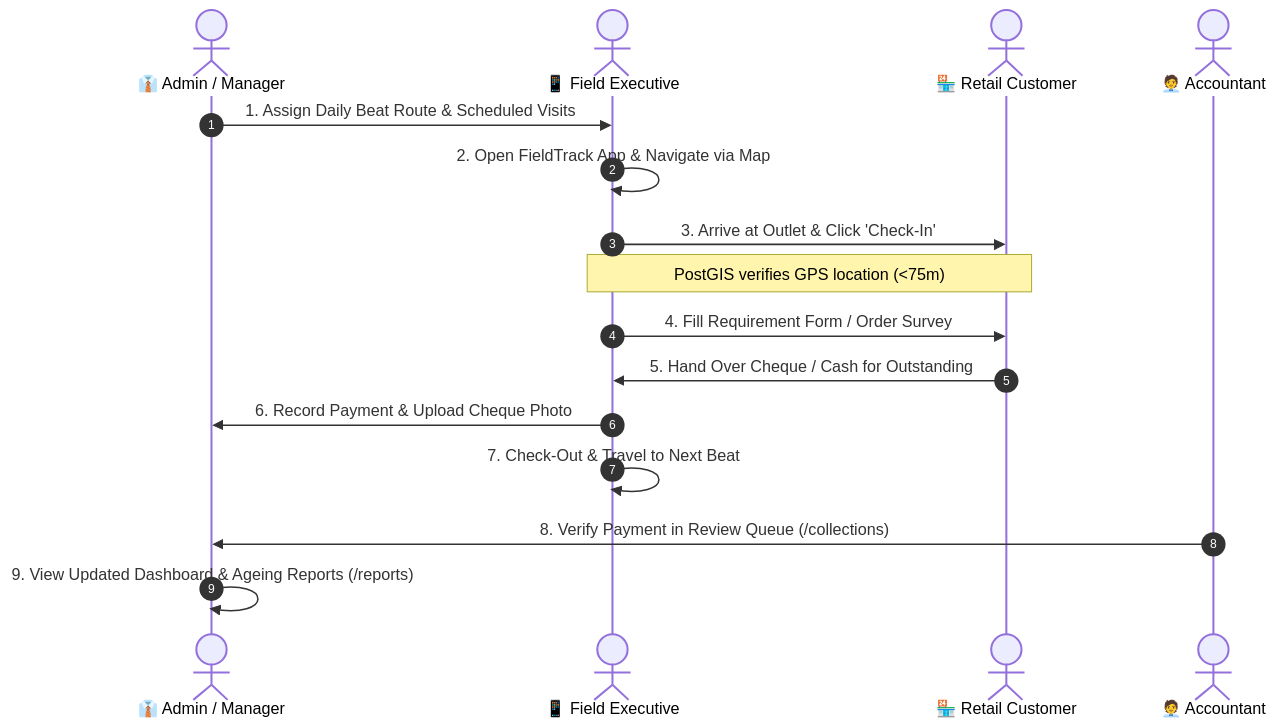
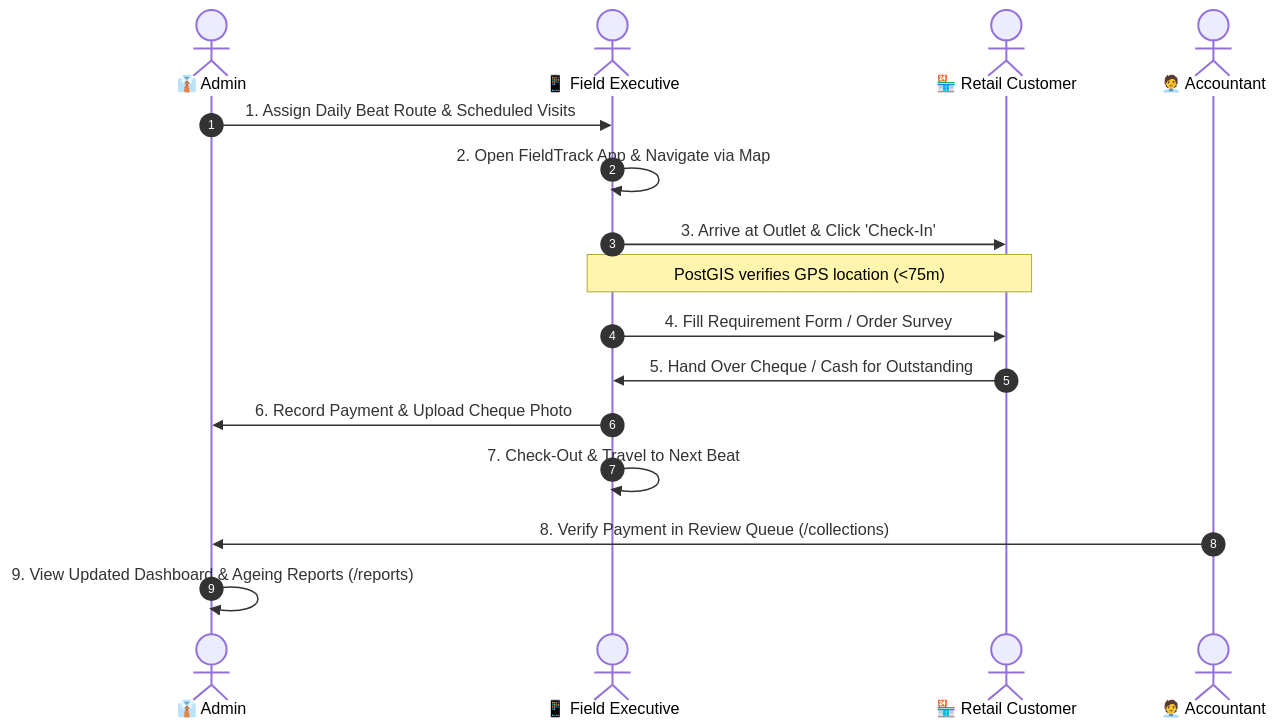
Before and after one commit to itripathiharsh/FIELD_TRACK_PRO: diagram 14 of 14 in USER_MANUAL.md, drawn with Mermaid. The commit also changed other lines of this file and 2 other files, not shown here.

````diff
--- a/USER_MANUAL.md
+++ b/USER_MANUAL.md
@@ -424,19 +413,19 @@
 ```mermaid
 sequenceDiagram
     autonumber
-    actor Admin as 👔 Admin / Manager
+    actor Admin as 👔 Admin
     actor FOS as 📱 Field Executive
     actor Customer as 🏪 Retail Customer
     actor Acct as 🧑‍💼 Accountant
 
     Admin->>FOS: 1. Assign Daily Beat Route & Scheduled Visits
     FOS->>FOS: 2. Open FieldTrack App & Navigate via Map
     FOS->>Customer: 3. Arrive at Outlet & Click 'Check-In'
     Note over FOS,Customer: PostGIS verifies GPS location (<75m)
     FOS->>Customer: 4. Fill Requirement Form / Order Survey
     Customer->>FOS: 5. Hand Over Cheque / Cash for Outstanding
     FOS->>Admin: 6. Record Payment & Upload Cheque Photo
     FOS->>FOS: 7. Check-Out & Travel to Next Beat
     Acct->>Admin: 8. Verify Payment in Review Queue (/collections)
     Admin->>Admin: 9. View Updated Dashboard & Ageing Reports (/reports)
 ```
````
